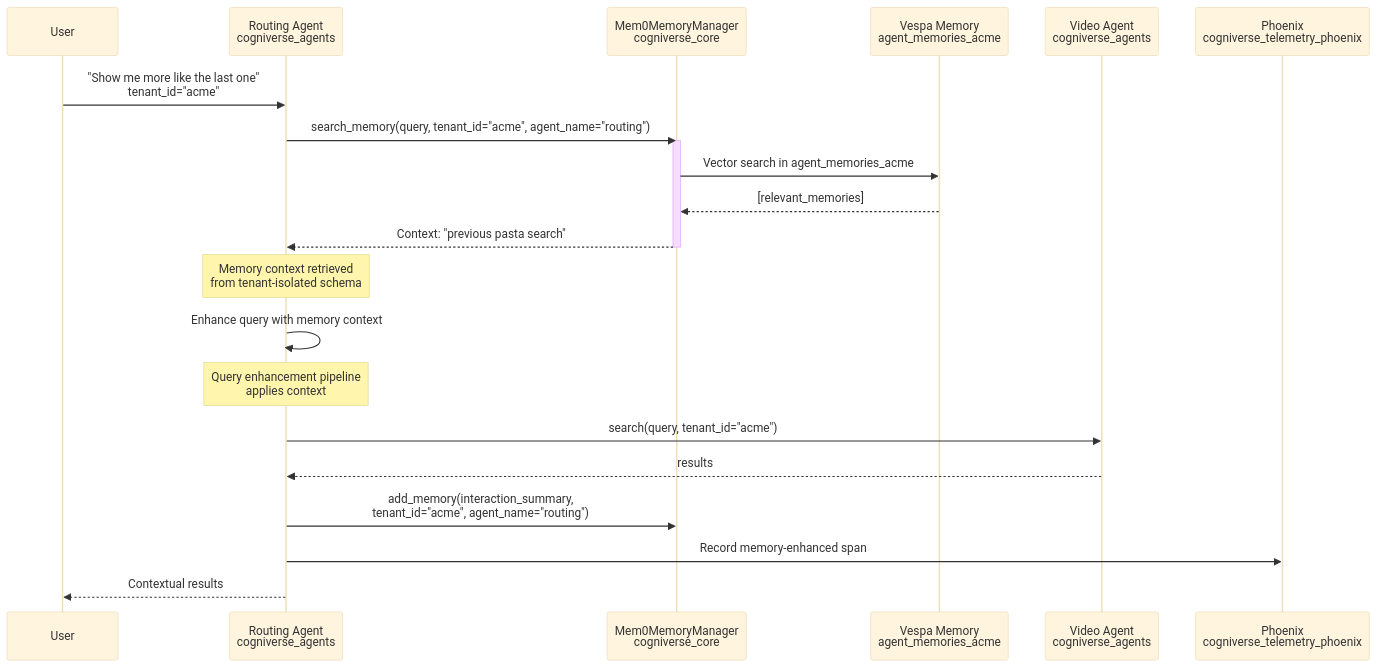
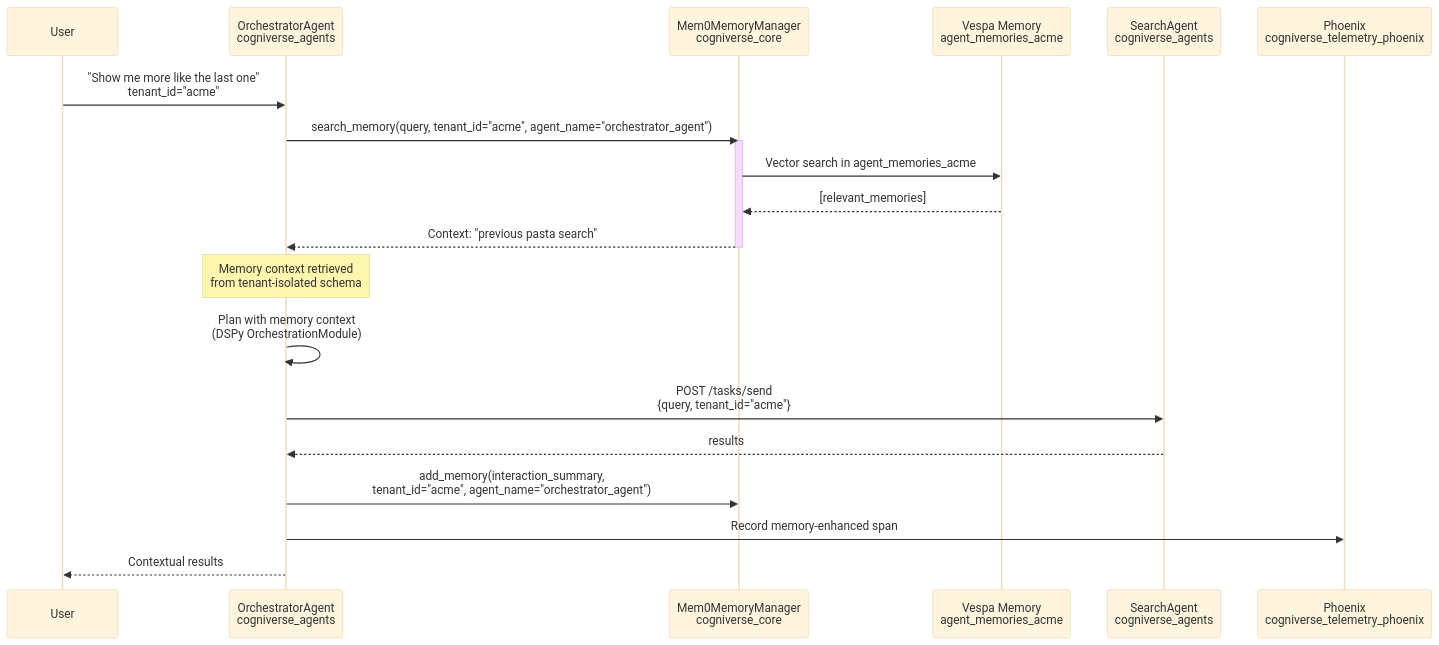
Before and after one commit to amit-jain/cogniverse: the fourth of 24 diagrams in docs/architecture/system-flows.md, drawn with Mermaid (base theme). The commit also changed other lines of this file and 137 other files, not shown here.

First line of the commit message:
Refactor agents to tenant-agnostic startup with per-request tenant routing

````diff
--- a/docs/architecture/system-flows.md
+++ b/docs/architecture/system-flows.md
@@ -170,31 +158,30 @@
 ```mermaid
 sequenceDiagram
     participant User
-    participant Routing as Routing Agent<br/>cogniverse_agents
+    participant Orchestrator as OrchestratorAgent<br/>cogniverse_agents
     participant Memory as Mem0MemoryManager<br/>cogniverse_core
     participant Vespa as Vespa Memory<br/>agent_memories_acme
-    participant VideoAgent as Video Agent<br/>cogniverse_agents
+    participant SearchAgent as SearchAgent<br/>cogniverse_agents
     participant Phoenix as Phoenix<br/>cogniverse_telemetry_phoenix
 
-    User->>Routing: "Show me more like the last one"<br/>tenant_id="acme"
+    User->>Orchestrator: "Show me more like the last one"<br/>tenant_id="acme"
 
-    Routing->>Memory: search_memory(query, tenant_id="acme", agent_name="routing")
+    Orchestrator->>Memory: search_memory(query, tenant_id="acme", agent_name="orchestrator_agent")
     activate Memory
     Memory->>Vespa: Vector search in agent_memories_acme
     Vespa-->>Memory: [relevant_memories]
-    Memory-->>Routing: Context: "previous pasta search"
+    Memory-->>Orchestrator: Context: "previous pasta search"
     deactivate Memory
 
-    Note over Routing: Memory context retrieved<br/>from tenant-isolated schema
+    Note over Orchestrator: Memory context retrieved<br/>from tenant-isolated schema
 
-    Routing->>Routing: Enhance query with memory context
-    Note over Routing: Query enhancement pipeline<br/>applies context
+    Orchestrator->>Orchestrator: Plan with memory context<br/>(DSPy OrchestrationModule)
 
-    Routing->>VideoAgent: search(query, tenant_id="acme")
-    VideoAgent-->>Routing: results
+    Orchestrator->>SearchAgent: POST /tasks/send<br/>{query, tenant_id="acme"}
+    SearchAgent-->>Orchestrator: results
 
-    Routing->>Memory: add_memory(interaction_summary,<br/>tenant_id="acme", agent_name="routing")
-    Routing->>Phoenix: Record memory-enhanced span
+    Orchestrator->>Memory: add_memory(interaction_summary,<br/>tenant_id="acme", agent_name="orchestrator_agent")
+    Orchestrator->>Phoenix: Record memory-enhanced span
 
-    Routing-->>User: Contextual results
+    Orchestrator-->>User: Contextual results
 ```
````
